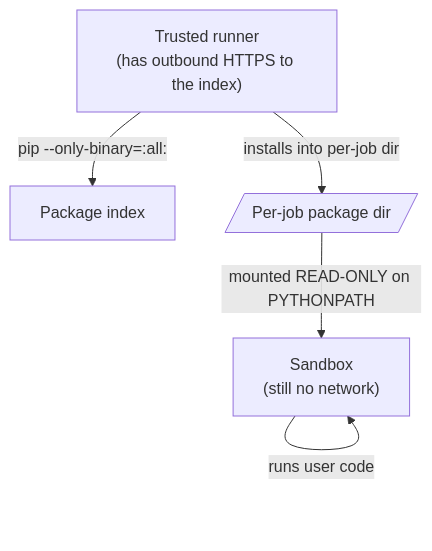
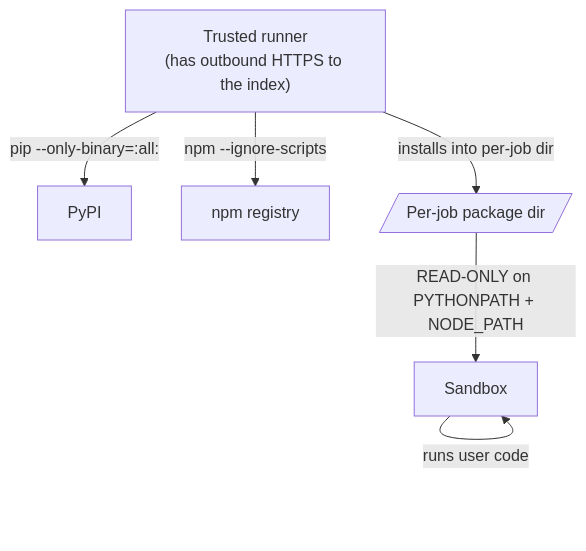
Before and after one commit to berry-13/code-interpreter: the diagram in docs/content/docs/guides/dependencies.mdx, drawn with Mermaid. The commit also changed other lines of this file and 43 other files, not shown here.

First line of the commit message:
feat(sandbox): outbound network for user code, and code-declared dependencies

````diff
--- a/docs/content/docs/guides/dependencies.mdx
+++ b/docs/content/docs/guides/dependencies.mdx
@@ -53,8 +76,9 @@
 ```mermaid
 flowchart TB
   R["Trusted runner<br/>(has outbound HTTPS to the index)"]
-  R -->|"pip --only-binary=:all:"| I[Package index]
+  R -->|"pip --only-binary=:all:"| I[PyPI]
+  R -->|"npm --ignore-scripts"| N[npm registry]
   R -->|"installs into per-job dir"| D[/Per-job package dir/]
-  D -->|"mounted READ-ONLY on PYTHONPATH"| S["Sandbox<br/>(still no network)"]
+  D -->|"READ-ONLY on PYTHONPATH + NODE_PATH"| S["Sandbox"]
   S -->|"runs user code"| S
 ```
````
